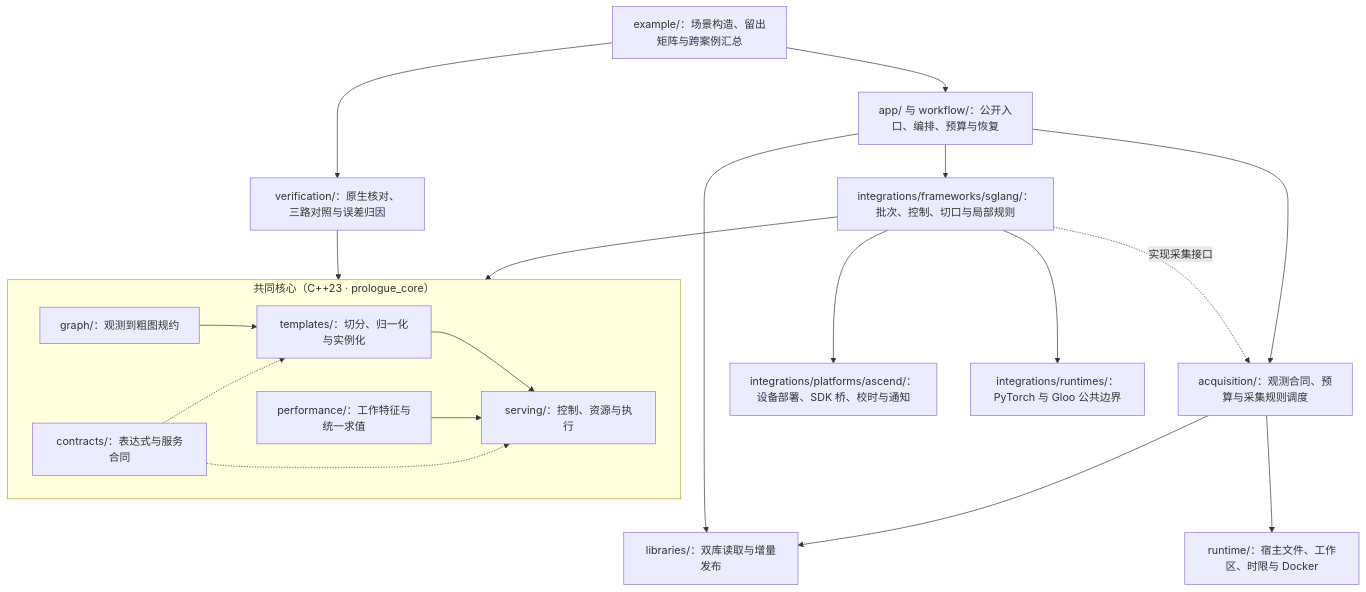
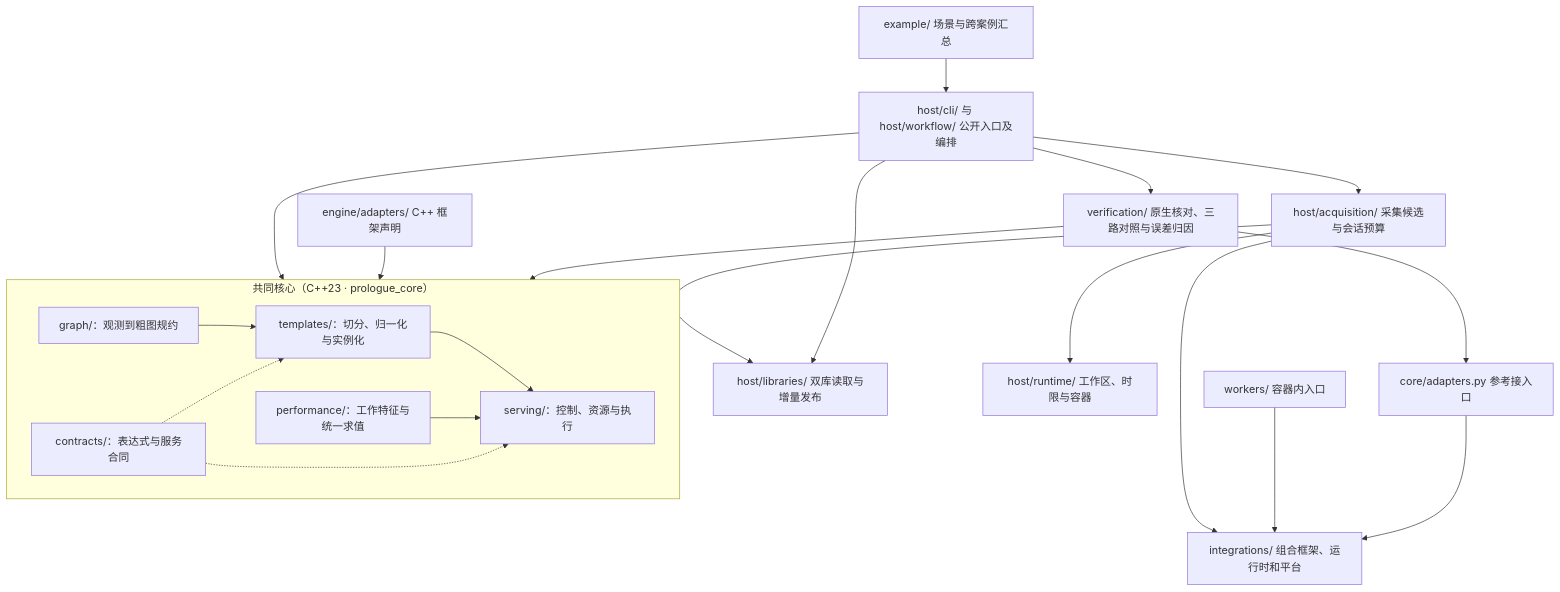
Before and after one commit to Entwinedime/Prologue: the second of 2 diagrams in docs/design/architecture.md, drawn with Mermaid. The commit also changed other lines of this file and 9 other files, not shown here.

````diff
--- a/docs/design/architecture.md
+++ b/docs/design/architecture.md
@@ -119,28 +119,28 @@
 ```mermaid
 flowchart TB
-    EX["example/：场景构造、留出矩阵与跨案例汇总"] --> APP["app/ 与 workflow/：公开入口、编排、预算与恢复"]
-    EX --> VER["verification/：原生核对、三路对照与误差归因"]
-    APP --> ACQ["acquisition/：观测合同、预算与采集规则调度"]
-    ACQ --> LIB["libraries/：双库读取与增量发布"]
+    EX["example/ 场景与跨案例汇总"] --> APP["host/cli/ 与 host/workflow/ 公开入口及编排"]
+    APP --> VER["verification/ 原生核对、三路对照与误差归因"]
+    APP --> ACQ["host/acquisition/ 采集候选与会话预算"]
+    ACQ --> LIB["host/libraries/ 双库读取与增量发布"]
     APP --> LIB
-    ACQ --> RT["runtime/：宿主文件、工作区、时限与 Docker"]
-    APP --> INT_FW["integrations/frameworks/sglang/：批次、控制、切口与局部规则"]
-    INT_FW -. 实现采集接口 .-> ACQ
-    INT_FW --> INT_PF["integrations/platforms/ascend/：设备部署、SDK 桥、校时与通知"]
-    INT_FW --> INT_RT["integrations/runtimes/：PyTorch 与 Gloo 公共边界"]
-    INT_FW --> CORE
+    ACQ --> RT["host/runtime/ 工作区、时限与容器"]
+    ACQ --> INTEGRATION["integrations/ 组合框架、运行时和平台"]
+    WORKER["workers/ 容器内入口"] --> INTEGRATION
+    VER --> REF["core/adapters.py 参考接入口"] --> INTEGRATION
+    APP --> CORE
+    ADAPTER["engine/adapters/ C++ 框架声明"] --> CORE
     VER --> CORE
 
     subgraph CORE["共同核心（C++23 · prologue_core）"]
         direction LR
         C_CON["contracts/：表达式与服务合同"]
         C_GR["graph/：观测到粗图规约"]
         C_TPL["templates/：切分、归一化与实例化"]
         C_SRV["serving/：控制、资源与执行"]
         C_PERF["performance/：工作特征与统一求值"]
         C_GR --> C_TPL --> C_SRV
         C_PERF --> C_SRV
         C_CON -.-> C_TPL
         C_CON -.-> C_SRV
     end
 ```
````
